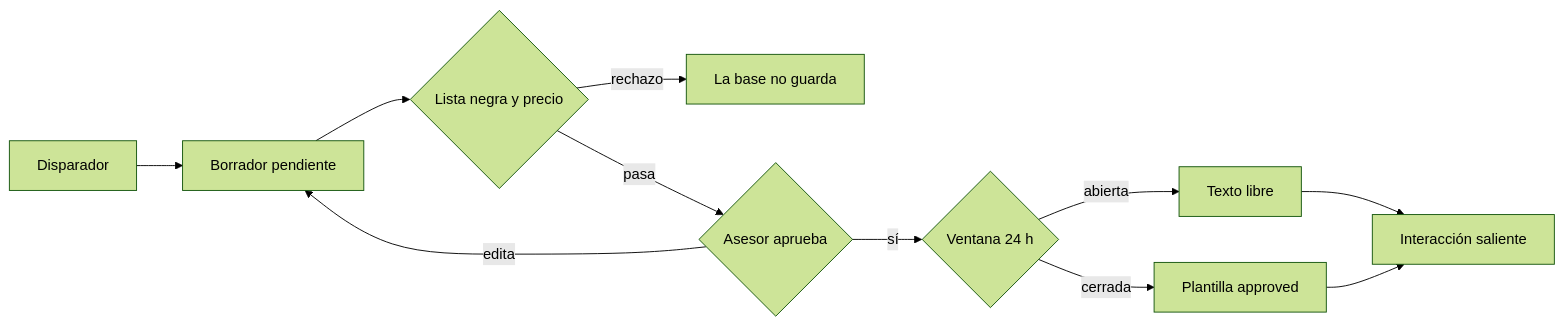
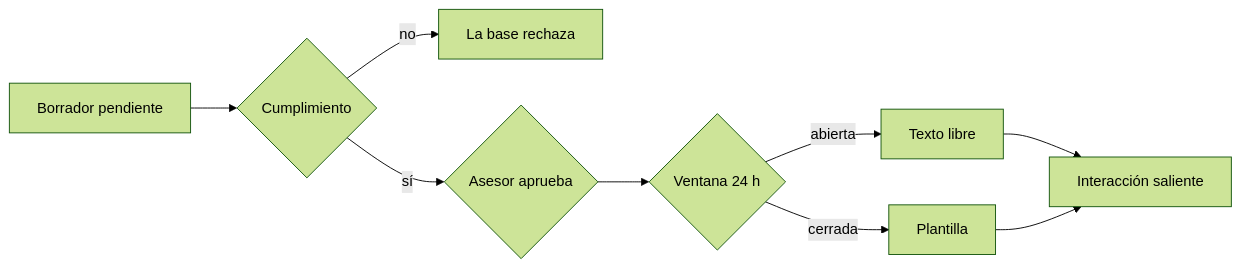
One commit to EstrategiaInmobiliaria/Tokenizer-extended changed the fifth of 13 diagrams in docs/palm-lab-practica/iso/PD-SGC-MAN-001.md. Above: the diagram before and after it, drawn with Mermaid (forest theme). The commit also changed other lines of this file and 4 other files, not shown here.

````diff
--- a/docs/palm-lab-practica/iso/PD-SGC-MAN-001.md
+++ b/docs/palm-lab-practica/iso/PD-SGC-MAN-001.md
@@ -251,13 +214,11 @@
 ```mermaid
 flowchart LR
-  T[Disparador] --> B[Borrador pendiente]
-  B --> C{Lista negra y precio}
-  C -->|rechazo| X[La base no guarda]
-  C -->|pasa| R{Asesor aprueba}
-  R -->|edita| B
-  R -->|sí| V{Ventana 24 h}
+  B[Borrador pendiente] --> C{Cumplimiento}
+  C -->|no| X[La base rechaza]
+  C -->|sí| R{Asesor aprueba}
+  R --> V{Ventana 24 h}
   V -->|abierta| S[Texto libre]
-  V -->|cerrada| TP[Plantilla approved]
+  V -->|cerrada| TP[Plantilla]
   S --> I[Interacción saliente]
   TP --> I
 ```
````
